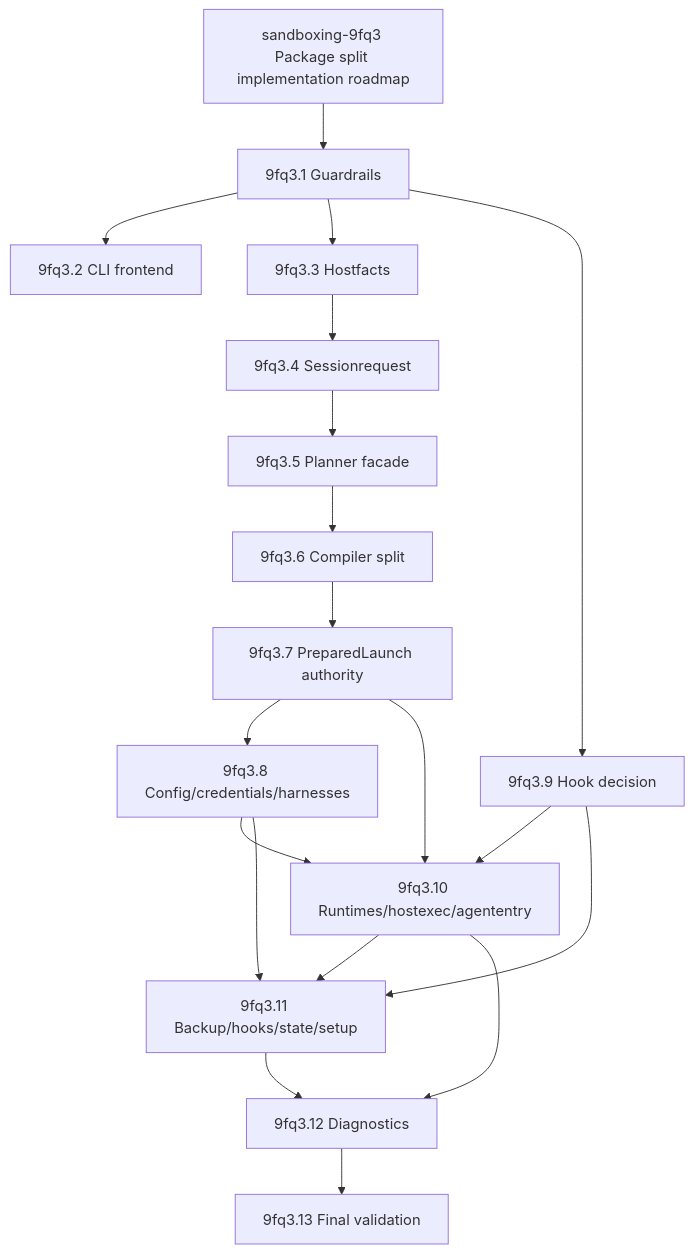
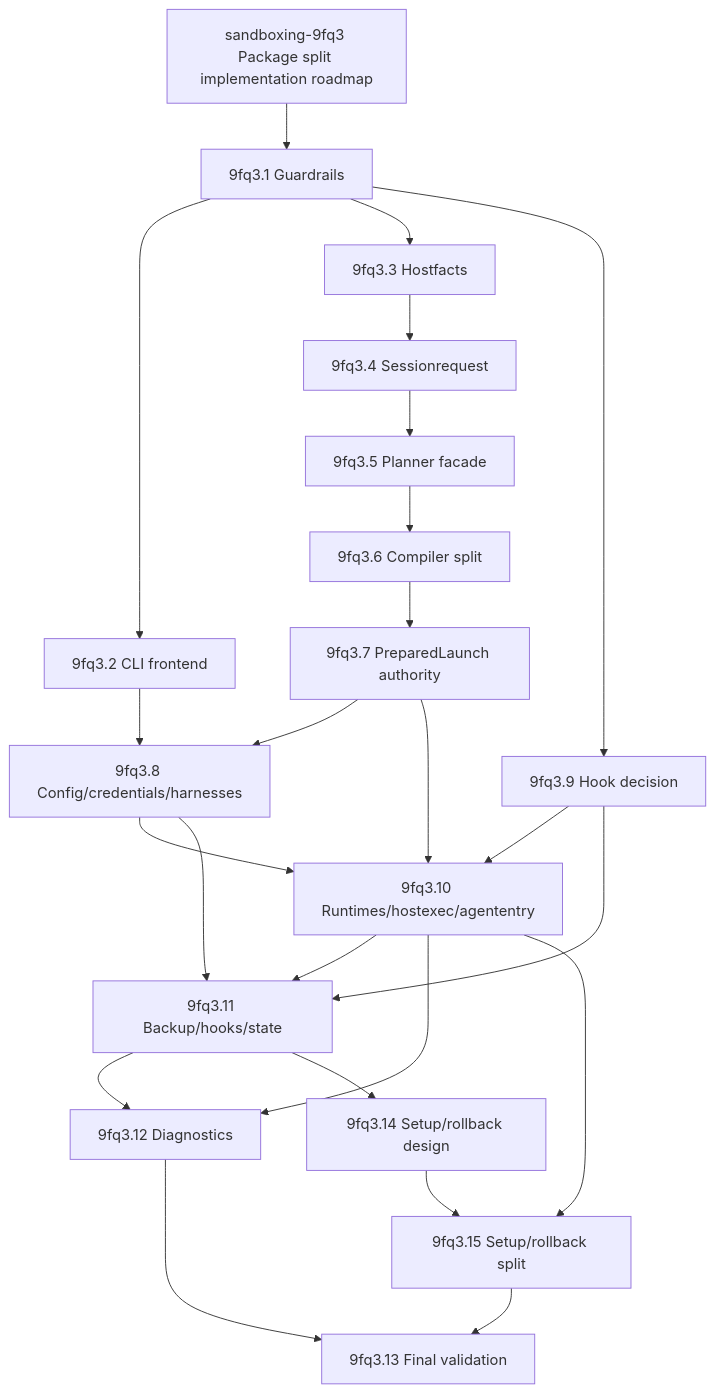
Before and after one commit to dredozubov/hazmat: the diagram in docs/plans/2026-06-03-package-split-implementation-roadmap.md, drawn with Mermaid. The commit also changed other lines of this file, not shown here.

Commit message:
Fix package split roadmap topology

````diff
--- a/docs/plans/2026-06-03-package-split-implementation-roadmap.md
+++ b/docs/plans/2026-06-03-package-split-implementation-roadmap.md
@@ -46,36 +48,43 @@
 ```mermaid
 flowchart TB
     epic["sandboxing-9fq3 Package split implementation roadmap"]
     A["9fq3.1 Guardrails"]
     B["9fq3.2 CLI frontend"]
     C["9fq3.3 Hostfacts"]
     D["9fq3.4 Sessionrequest"]
     E["9fq3.5 Planner facade"]
     F["9fq3.6 Compiler split"]
     G["9fq3.7 PreparedLaunch authority"]
     H["9fq3.8 Config/credentials/harnesses"]
     I["9fq3.9 Hook decision"]
     J["9fq3.10 Runtimes/hostexec/agententry"]
-    K["9fq3.11 Backup/hooks/state/setup"]
+    K["9fq3.11 Backup/hooks/state"]
     L["9fq3.12 Diagnostics"]
+    N["9fq3.14 Setup/rollback design"]
+    O["9fq3.15 Setup/rollback split"]
     M["9fq3.13 Final validation"]
 
     epic --> A
     A --> B
     A --> C
     C --> D
     D --> E
     E --> F
     F --> G
     G --> H
+    B --> H
     A --> I
     G --> J
     H --> J
     I --> J
     H --> K
     I --> K
     J --> K
     J --> L
     K --> L
+    K --> N
+    N --> O
+    J --> O
     L --> M
+    O --> M
 ```
````
